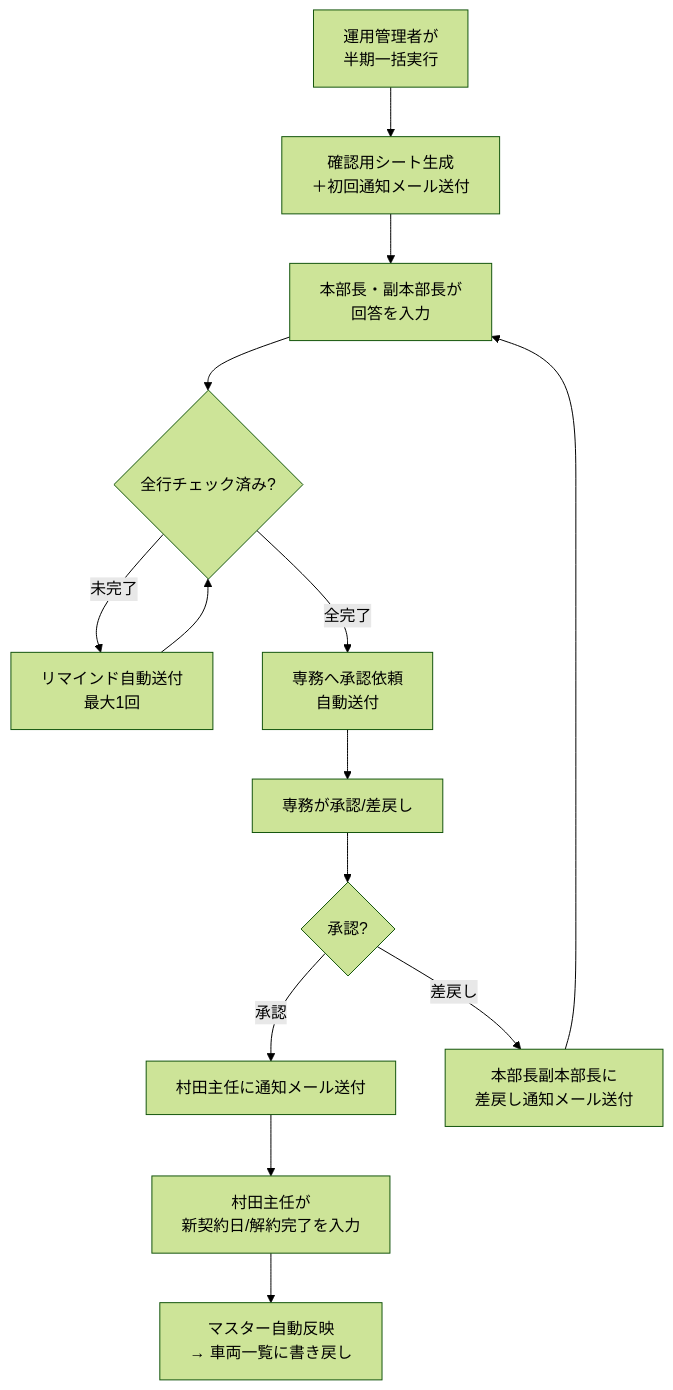
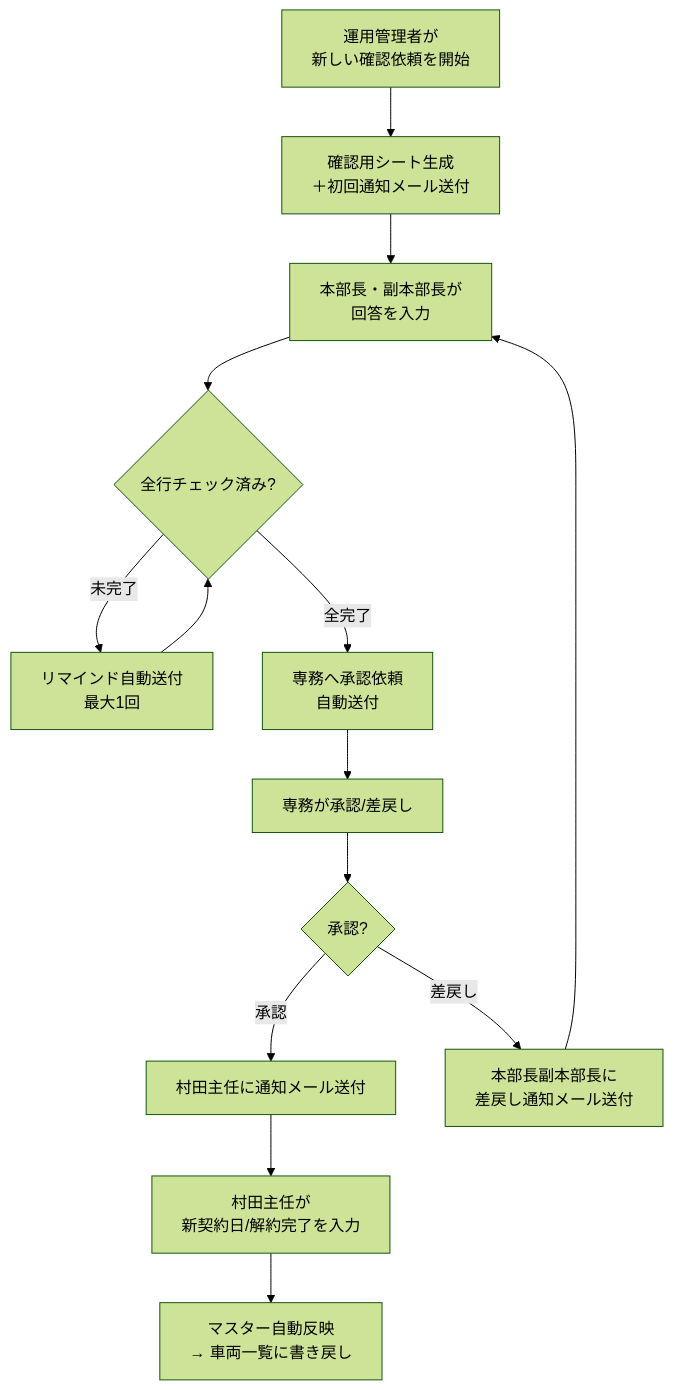
The diagram in docs/operations/operation_manual_vehicle_lease_renewal.md (yushi-kato/kurahashi-agent), drawn with Mermaid (forest theme) before and after one commit. The commit also changed other lines of this file and 6 other files, not shown here.

````diff
--- a/docs/operations/operation_manual_vehicle_lease_renewal.md
+++ b/docs/operations/operation_manual_vehicle_lease_renewal.md
@@ -37,16 +37,16 @@
 ```mermaid
 flowchart TD
-    A[運用管理者が<br>半期一括実行] --> B[確認用シート生成<br>＋初回通知メール送付]
+    A[運用管理者が<br>新しい確認依頼を開始] --> B[確認用シート生成<br>＋初回通知メール送付]
     B --> C[本部長・副本部長が<br>回答を入力]
     C --> D{全行チェック済み?}
     D -->|未完了| E[リマインド自動送付<br>最大1回]
     D -->|全完了| F[専務へ承認依頼<br>自動送付]
     E --> D
     F --> G[専務が承認/差戻し]
     G --> H{承認?}
     H -->|承認| I1[村田主任に通知メール送付]
     I1 --> I[村田主任が<br>新契約日/解約完了を入力]
     H -->|差戻し| H2[本部長副本部長に<br>差戻し通知メール送付]
     H2 --> C
     I --> J[マスター自動反映<br>→ 車両一覧に書き戻し]
 ```
````
